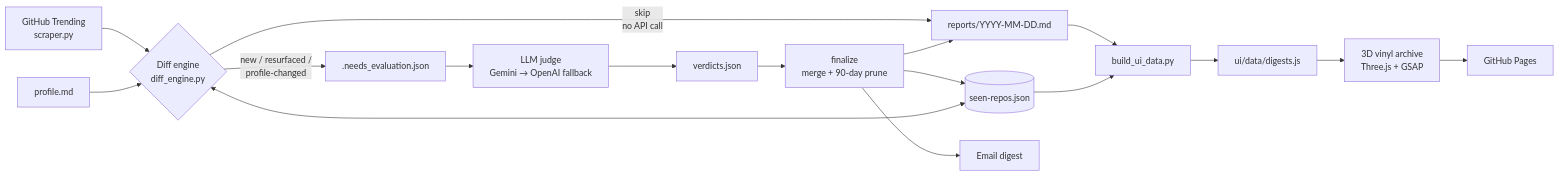
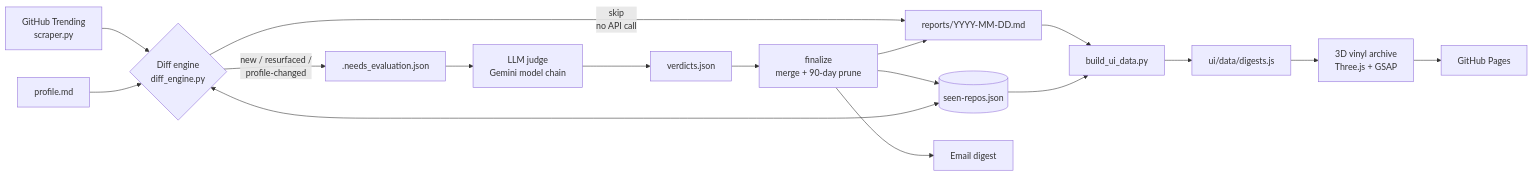
Before and after one commit to buildwithAniket/RepoRadar: the diagram in README.md, drawn with Mermaid. The commit also changed other lines of this file and 7 other files, not shown here.

First line of the commit message:
Add Gemini model fallback chain to LLM judge

````diff
--- a/README.md
+++ b/README.md
@@ -54,19 +54,19 @@
 ```mermaid
 flowchart LR
     A[GitHub Trending<br/>scraper.py] --> B{Diff engine<br/>diff_engine.py}
     S[(seen-repos.json)] <--> B
     P[profile.md] --> B
     B -- skip<br/>no API call --> R
     B -- new / resurfaced /<br/>profile-changed --> C[.needs_evaluation.json]
-    C --> D[LLM judge<br/>Gemini → OpenAI fallback]
+    C --> D[LLM judge<br/>Gemini model chain]
     D --> E[verdicts.json]
     E --> F[finalize<br/>merge + 90-day prune]
     F --> S
     F --> R[reports/YYYY-MM-DD.md]
     F --> M[Email digest]
     R --> G[build_ui_data.py]
     S --> G
     G --> H[ui/data/digests.js]
     H --> I[3D vinyl archive<br/>Three.js + GSAP]
     I --> J[GitHub Pages]
 ```
````
